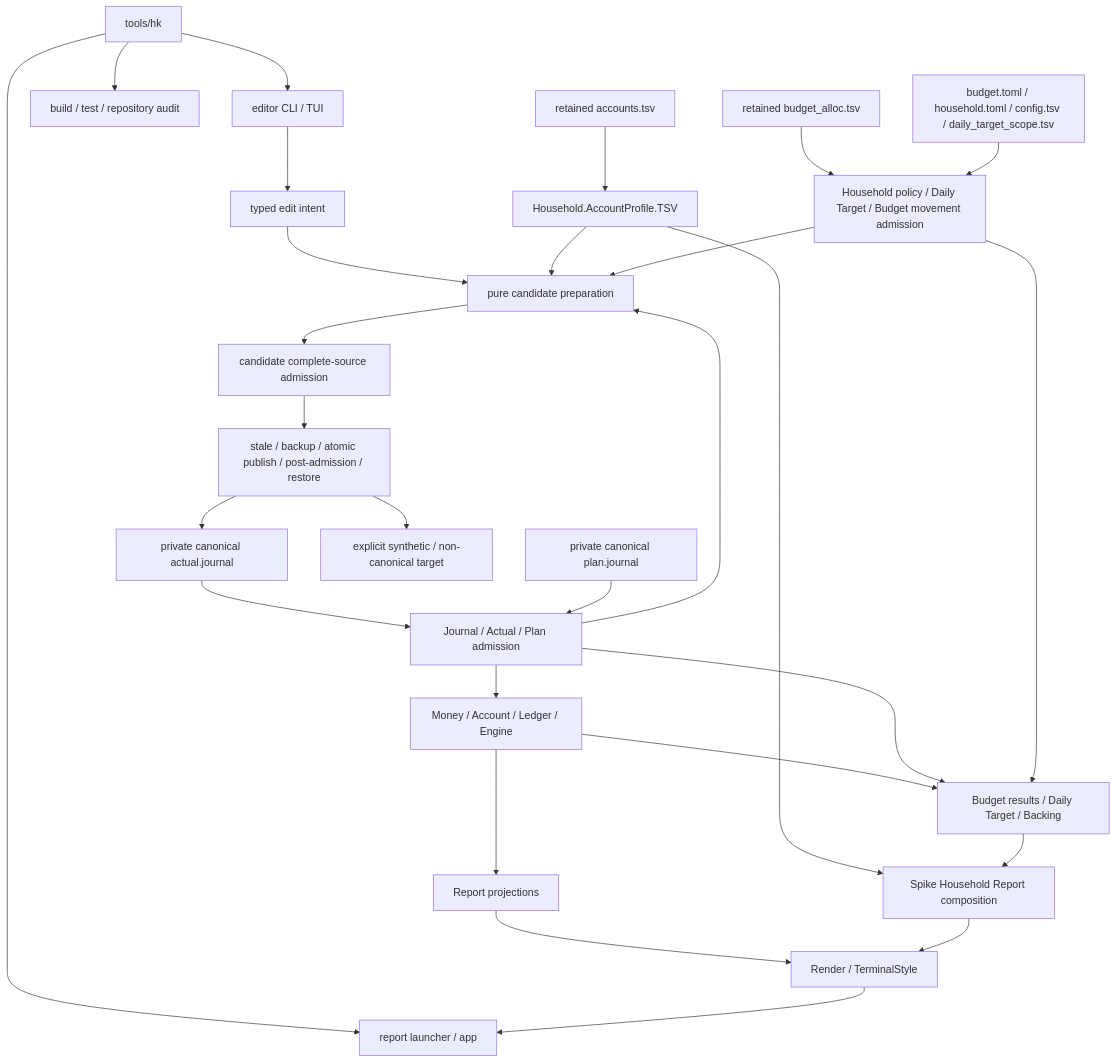
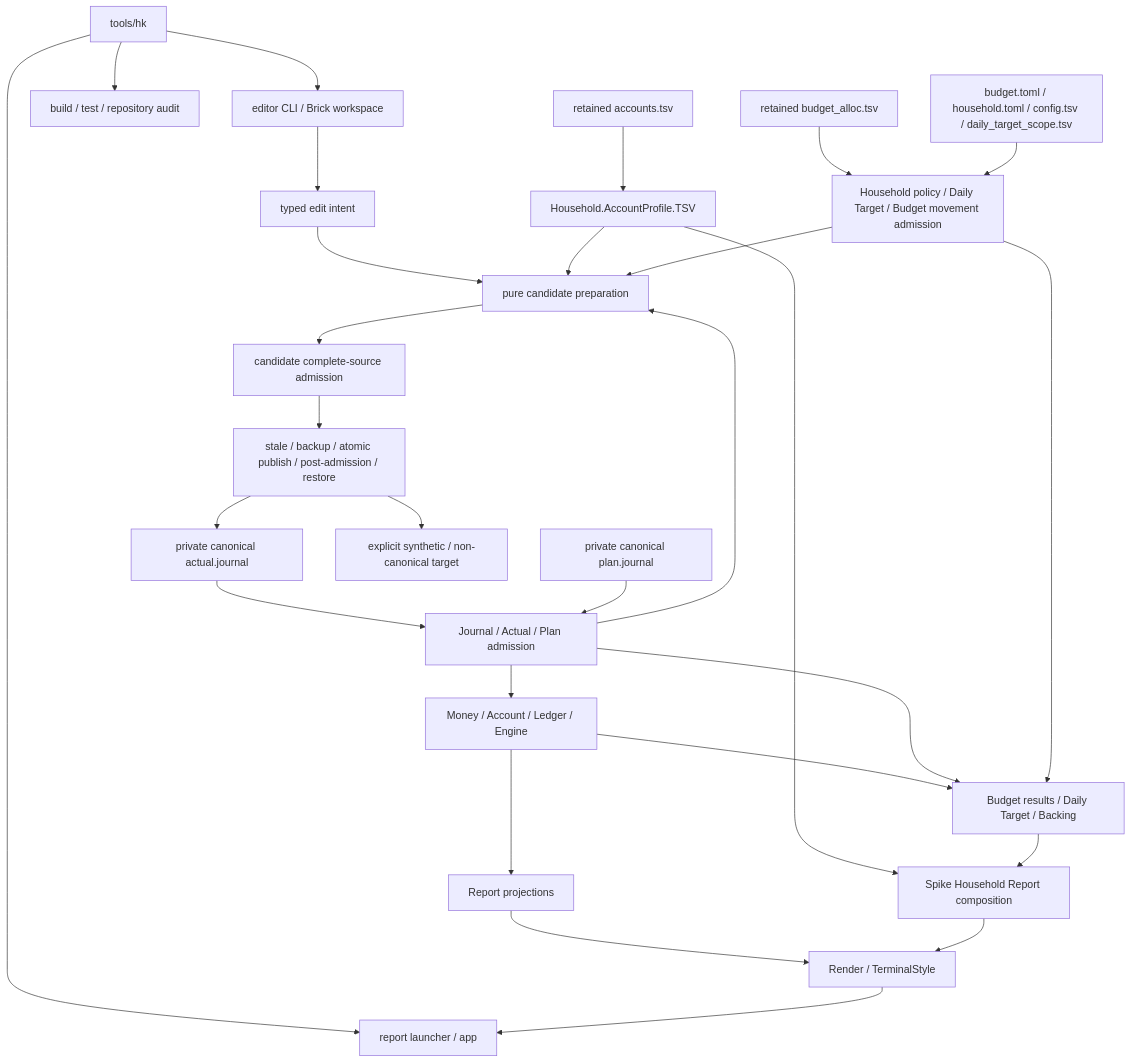
Before and after one commit to shumoku88-bit/h-kernel: the diagram in docs/CODE_MAP_AND_DESIGN_SKETCH.md, drawn with Mermaid. The commit also changed other lines of this file and 2 other files, not shown here.

First line of the commit message:
docs(architecture): sync workspace-first Editor current state (#59)

````diff
--- a/docs/CODE_MAP_AND_DESIGN_SKETCH.md
+++ b/docs/CODE_MAP_AND_DESIGN_SKETCH.md
@@ -94,51 +95,51 @@
 ```mermaid
 graph TD
     Hub["tools/hk"]
     ReportApp["report launcher / app"]
-    EditorApp["editor CLI / TUI"]
+    EditorApp["editor CLI / Brick workspace"]
     Checks["build / test / repository audit"]
 
     CanonicalActual["private canonical actual.journal"]
     CanonicalPlan["private canonical plan.journal"]
     AccountProfileSource["retained accounts.tsv"]
     BudgetMovementSource["retained budget_alloc.tsv"]
     ConfigSources["budget.toml / household.toml / config.tsv / daily_target_scope.tsv"]
     RehearsalTarget["explicit synthetic / non-canonical target"]
 
     CoreAdmission["Journal / Actual / Plan admission"]
     AccountProfileAdmission["Household.AccountProfile.TSV"]
     HouseholdAdmission["Household policy / Daily Target / Budget movement admission"]
     Accounting["Money / Account / Ledger / Engine"]
     Household["Budget results / Daily Target / Backing"]
     Composition["Spike Household Report composition"]
     Reports["Report projections"]
     Render["Render / TerminalStyle"]
 
     Intent["typed edit intent"]
     Candidate["pure candidate preparation"]
     CompleteAdmission["candidate complete-source admission"]
     Writer["stale / backup / atomic publish / post-admission / restore"]
 
     Hub --> ReportApp
     Hub --> EditorApp
     Hub --> Checks
 
     CanonicalActual --> CoreAdmission --> Accounting
     CanonicalPlan --> CoreAdmission
     AccountProfileSource --> AccountProfileAdmission
     BudgetMovementSource --> HouseholdAdmission
     ConfigSources --> HouseholdAdmission
 
     Accounting --> Reports --> Render --> ReportApp
     Accounting --> Household
     CoreAdmission --> Household
     AccountProfileAdmission --> Composition
     HouseholdAdmission --> Household --> Composition --> Render
 
     EditorApp --> Intent --> Candidate --> CompleteAdmission --> Writer
     CoreAdmission --> Candidate
     AccountProfileAdmission --> Candidate
     HouseholdAdmission --> Candidate
     Writer --> CanonicalActual
     Writer --> RehearsalTarget
 ```
````
